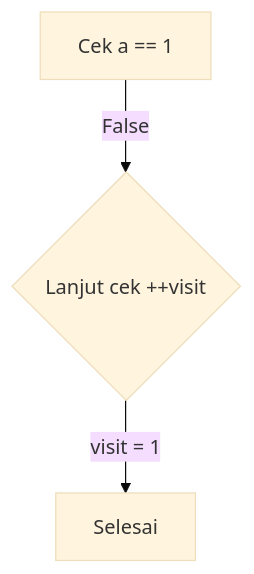
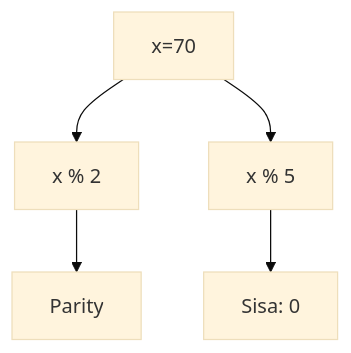
One commit to amnahwaida/OSNK_INF_PREP changed the tenth of 25 diagrams in part-c-pemahaman-cpp/02-percabangan/latihan/set-01.md. Above: the diagram before and after it, drawn with Mermaid (base theme). The commit also changed other lines of this file and 71 other files, not shown here.

````diff
--- a/part-c-pemahaman-cpp/02-percabangan/latihan/set-01.md
+++ b/part-c-pemahaman-cpp/02-percabangan/latihan/set-01.md
@@ -261,5 +292,7 @@
 ```mermaid
 graph TD
-    A[Cek a == 1] -->|"False"| B{"Lanjut cek ++visit"}
-    B -->|"visit = 1"| C[Selesai]
+A[x=70] --> B[x % 2]
+B --> C[Parity]
+A --> D[x % 5]
+D --> E[Sisa: 0]
 ```
````
